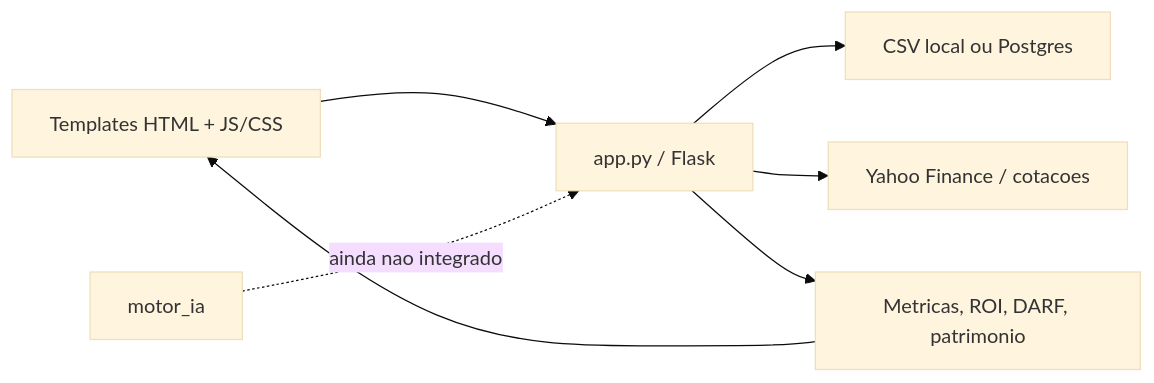
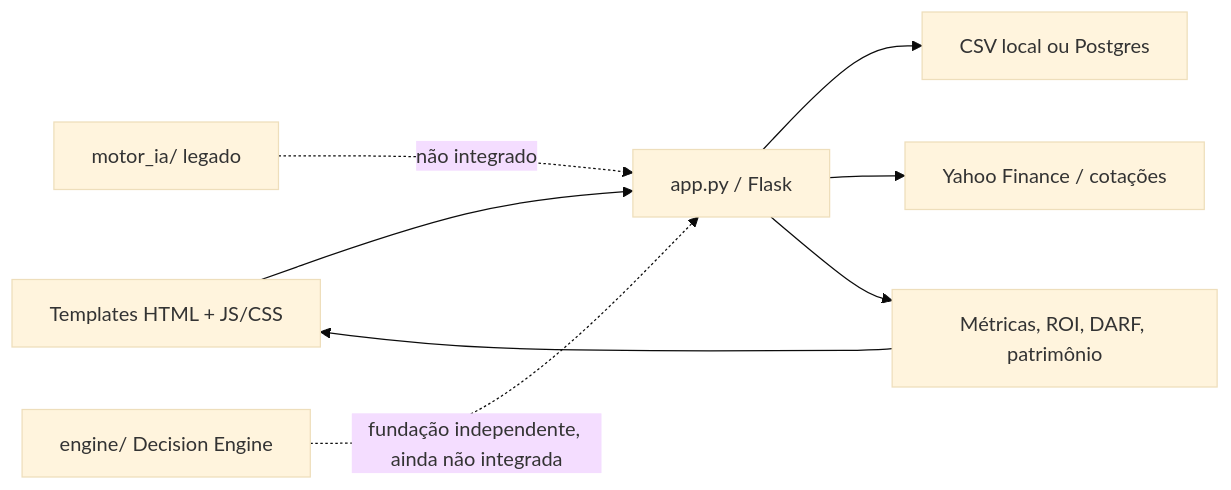
Before and after one commit to andrefcsj/FaculdadeMaria: the diagram in docs/ARQUITETURA_V4.md, drawn with Mermaid (base theme). The commit also changed other lines of this file, not shown here.

Commit message:
docs: reconcile architecture with Decision Engine foundation

````diff
--- a/docs/ARQUITETURA_V4.md
+++ b/docs/ARQUITETURA_V4.md
@@ -9,9 +34,10 @@
 ```mermaid
 flowchart LR
   UI["Templates HTML + JS/CSS"] --> Flask["app.py / Flask"]
   Flask --> Dados["CSV local ou Postgres"]
-  Flask --> Yahoo["Yahoo Finance / cotacoes"]
-  Flask --> Calculos["Metricas, ROI, DARF, patrimonio"]
+  Flask --> Yahoo["Yahoo Finance / cotações"]
+  Flask --> Calculos["Métricas, ROI, DARF, patrimônio"]
   Calculos --> UI
-  IA["motor_ia"] -. ainda nao integrado .-> Flask
+  Legacy["motor_ia/ legado"] -. não integrado .-> Flask
+  Engine["engine/ Decision Engine"] -. fundação independente, ainda não integrada .-> Flask
 ```
````
